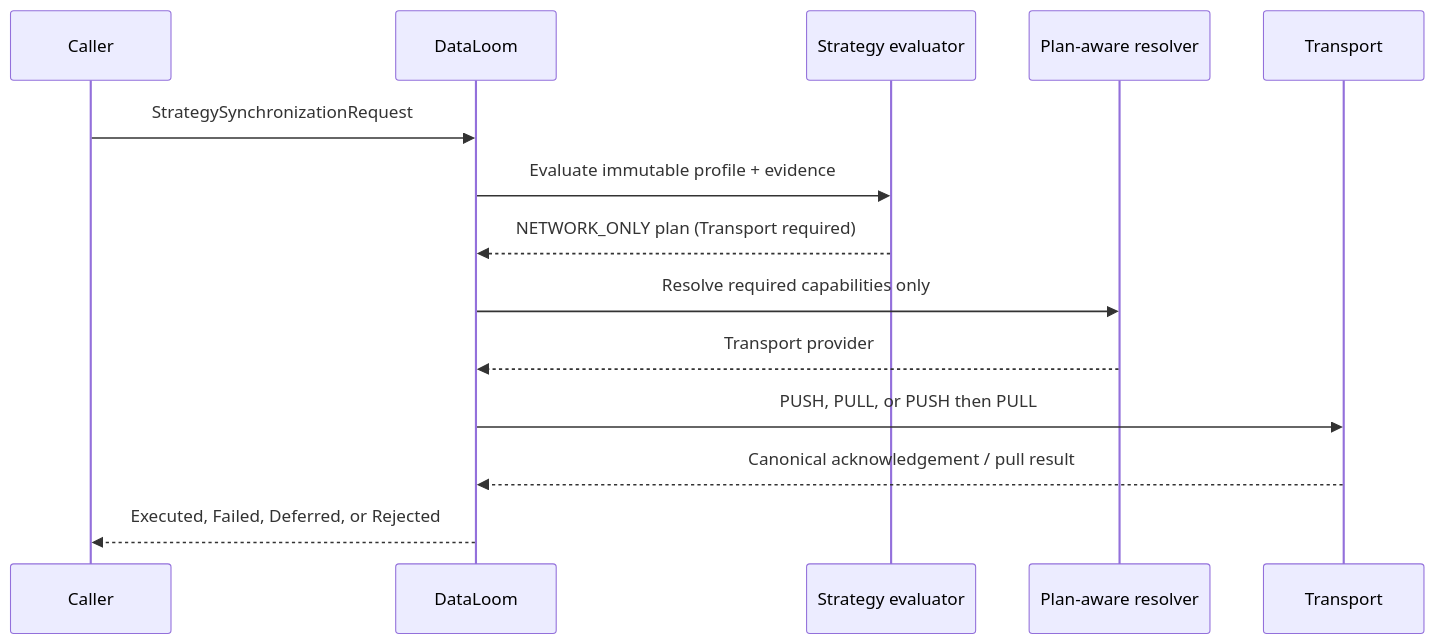
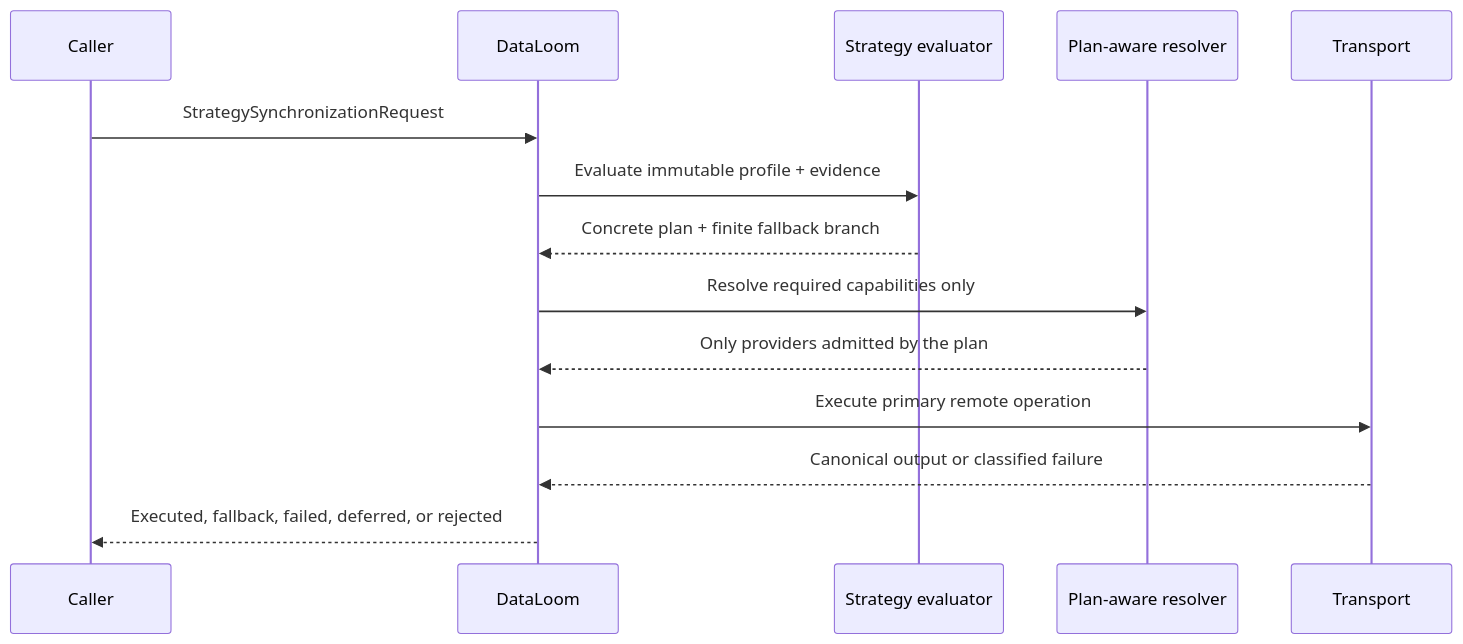
Before and after one commit to dataloom-sdk/dataloom: the third of 3 diagrams in docs/api/synchronization-strategy.md, drawn with Mermaid. The commit also changed other lines of this file and 22 other files, not shown here.

Commit message:
DL-041: implement remote-first runtime fallback (#106)

````diff
--- a/docs/api/synchronization-strategy.md
+++ b/docs/api/synchronization-strategy.md
@@ -189,17 +190,17 @@
 ```mermaid
 sequenceDiagram
     participant Caller
     participant Facade as DataLoom
     participant Policy as Strategy evaluator
     participant Resolver as Plan-aware resolver
     participant Transport
 
     Caller->>Facade: StrategySynchronizationRequest
     Facade->>Policy: Evaluate immutable profile + evidence
-    Policy-->>Facade: NETWORK_ONLY plan (Transport required)
+    Policy-->>Facade: Concrete plan + finite fallback branch
     Facade->>Resolver: Resolve required capabilities only
-    Resolver-->>Facade: Transport provider
-    Facade->>Transport: PUSH, PULL, or PUSH then PULL
-    Transport-->>Facade: Canonical acknowledgement / pull result
-    Facade-->>Caller: Executed, Failed, Deferred, or Rejected
+    Resolver-->>Facade: Only providers admitted by the plan
+    Facade->>Transport: Execute primary remote operation
+    Transport-->>Facade: Canonical output or classified failure
+    Facade-->>Caller: Executed, fallback, failed, deferred, or rejected
 ```
````
